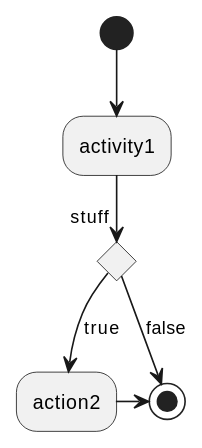
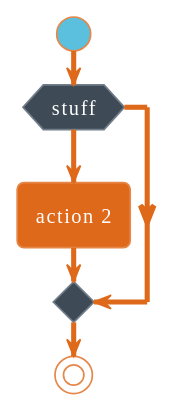
One commit to UPPMAX/programming_formalisms_intro changed the diagram in doc/intro.md. Above: the diagram before and after it, drawn with PlantUML. The commit also changed other lines of this file, not shown here.

````diff
--- a/doc/intro.md
+++ b/doc/intro.md
@@ -215,10 +215,11 @@
 ```{uml}
 @startuml
-(*)--> activity1
-if "stuff" then 
--->[true] "action2"
--r->(*)
-else 
---> [false](*)
+!theme superhero
+start
+if (stuff) then (true) 
+   :action 2;
+endif
+
+stop
 @enduml
 ```
````
